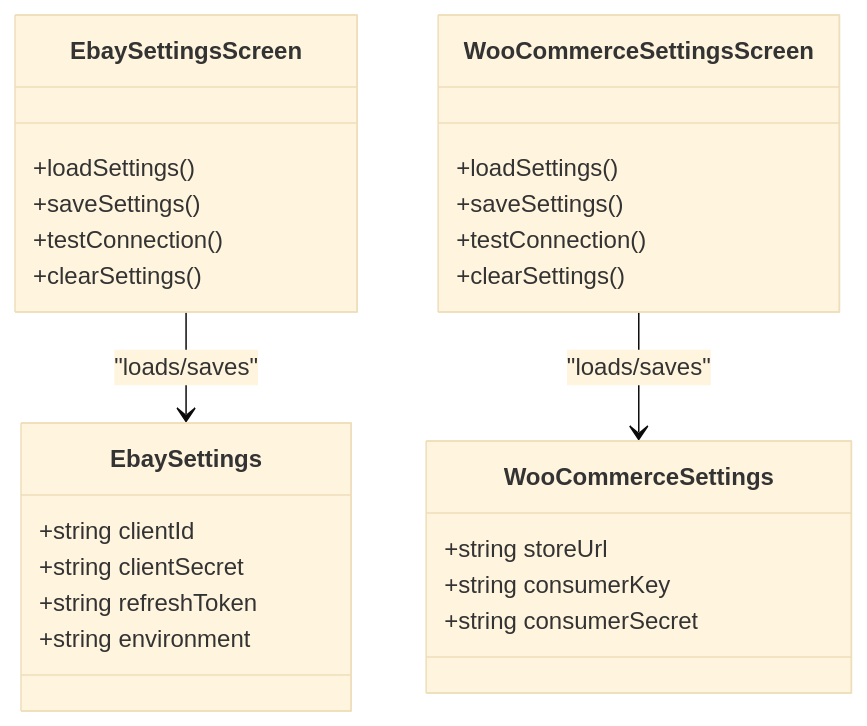
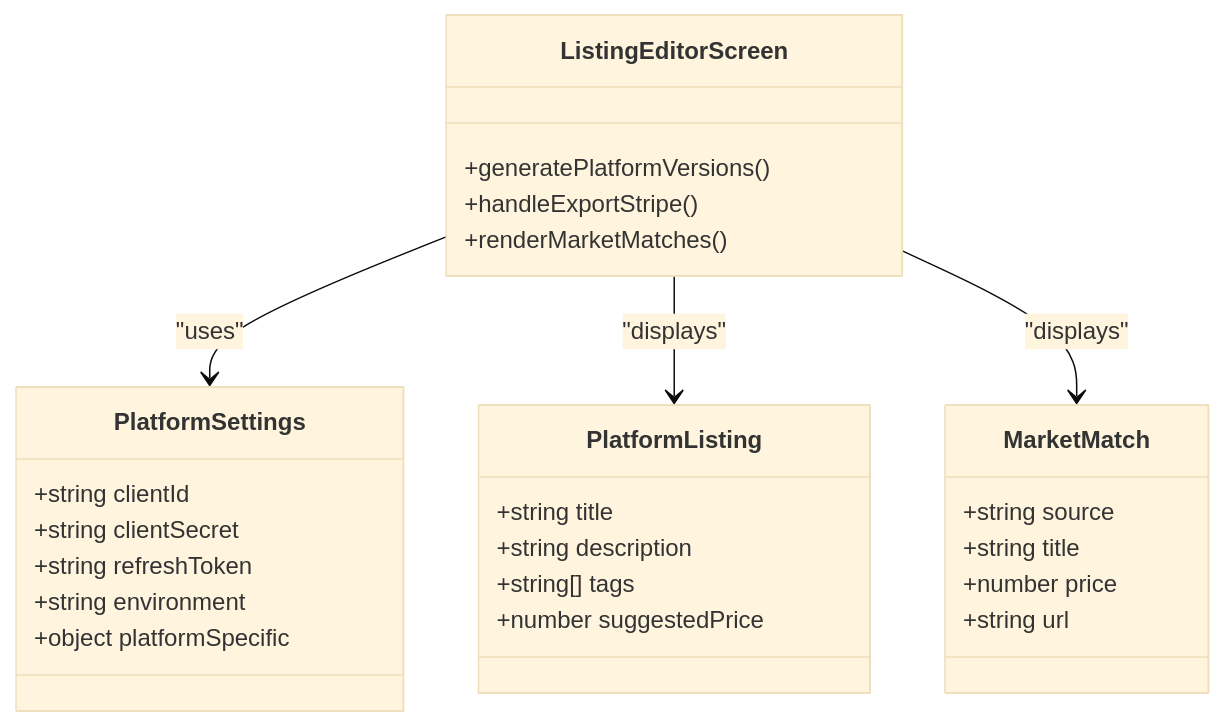
One commit to hunglevi87/Hidden-Gem changed the fifth of 11 diagrams in .qoder/repowiki/en/content/Marketplace Integration/Multi-Platform Publishing.md. Above: the diagram before and after it, drawn with Mermaid (base theme). The commit also changed other lines of this file and 14 other files, not shown here.

````diff
--- a/.qoder/repowiki/en/content/Marketplace Integration/Multi-Platform Publishing.md
+++ b/.qoder/repowiki/en/content/Marketplace Integration/Multi-Platform Publishing.md
@@ -201,28 +230,30 @@
 ```mermaid
 classDiagram
-class EbaySettings {
+class PlatformSettings {
 +string clientId
 +string clientSecret
 +string refreshToken
 +string environment
++object platformSpecific
 }
-class WooCommerceSettings {
-+string storeUrl
-+string consumerKey
-+string consumerSecret
+class PlatformListing {
++string title
++string description
++string[] tags
++number suggestedPrice
 }
-class EbaySettingsScreen {
-+loadSettings()
-+saveSettings()
-+testConnection()
-+clearSettings()
+class MarketMatch {
++string source
++string title
++number price
++string url
 }
-class WooCommerceSettingsScreen {
-+loadSettings()
-+saveSettings()
-+testConnection()
-+clearSettings()
+class ListingEditorScreen {
++generatePlatformVersions()
++handleExportStripe()
++renderMarketMatches()
 }
-EbaySettingsScreen --> EbaySettings : "loads/saves"
-WooCommerceSettingsScreen --> WooCommerceSettings : "loads/saves"
+ListingEditorScreen --> PlatformSettings : "uses"
+ListingEditorScreen --> PlatformListing : "displays"
+ListingEditorScreen --> MarketMatch : "displays"
 ```
````
